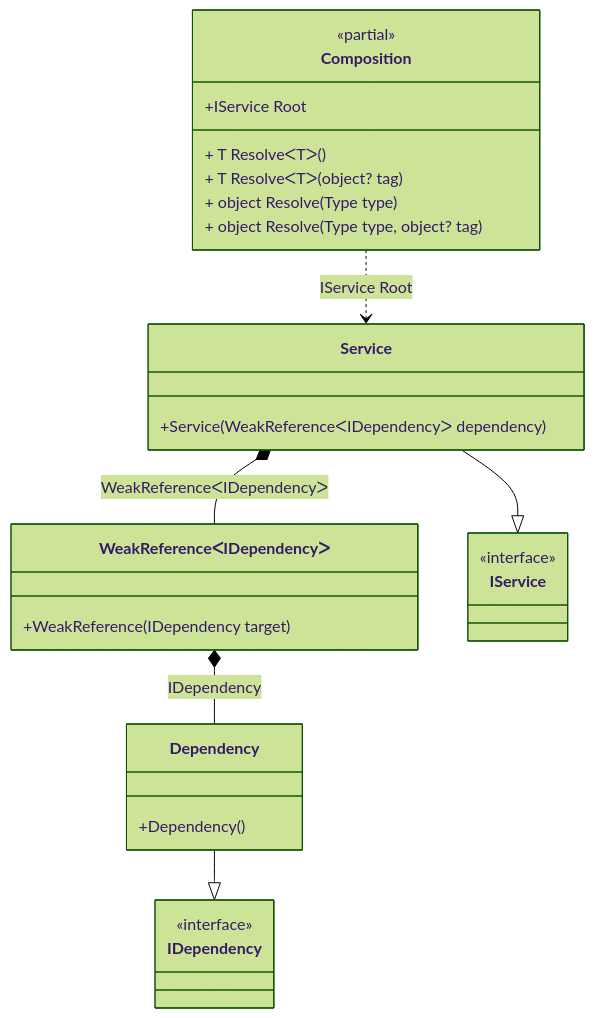
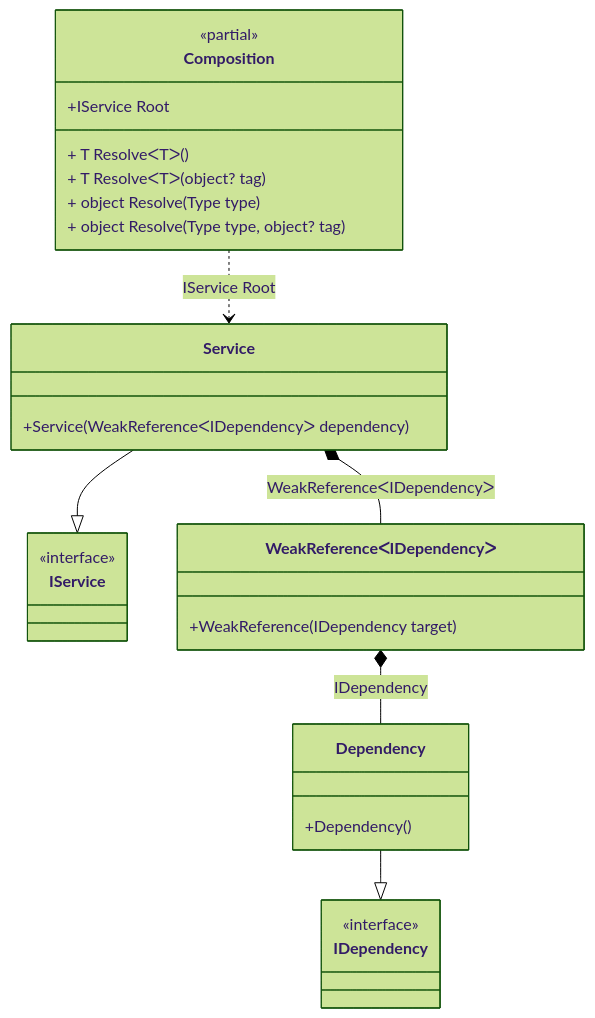
One commit to DevTeam/Pure.DI changed the diagram in readme/weak-reference.md. Above: the diagram before and after it, drawn with Mermaid (forest theme). The commit also changed other lines of this file and 92 other files, not shown here.

````diff
--- a/readme/weak-reference.md
+++ b/readme/weak-reference.md
@@ -177,31 +177,31 @@
 ```mermaid
 classDiagram
 	class Composition {
 		<<partial>>
 		+IService Root
 		+ T ResolveᐸTᐳ()
 		+ T ResolveᐸTᐳ(object? tag)
 		+ object Resolve(Type type)
 		+ object Resolve(Type type, object? tag)
 	}
+	Service --|> IService
+	class Service {
+		+Service(WeakReferenceᐸIDependencyᐳ dependency)
+	}
 	class WeakReferenceᐸIDependencyᐳ {
 		+WeakReference(IDependency target)
 	}
 	Dependency --|> IDependency
 	class Dependency {
 		+Dependency()
 	}
-	Service --|> IService
-	class Service {
-		+Service(WeakReferenceᐸIDependencyᐳ dependency)
+	class IService {
+		<<interface>>
 	}
 	class IDependency {
 		<<interface>>
 	}
-	class IService {
-		<<interface>>
-	}
-	WeakReferenceᐸIDependencyᐳ *--  Dependency : IDependency
 	Composition ..> Service : IService Root
 	Service *--  WeakReferenceᐸIDependencyᐳ : WeakReferenceᐸIDependencyᐳ
+	WeakReferenceᐸIDependencyᐳ *--  Dependency : IDependency
 ```
````
